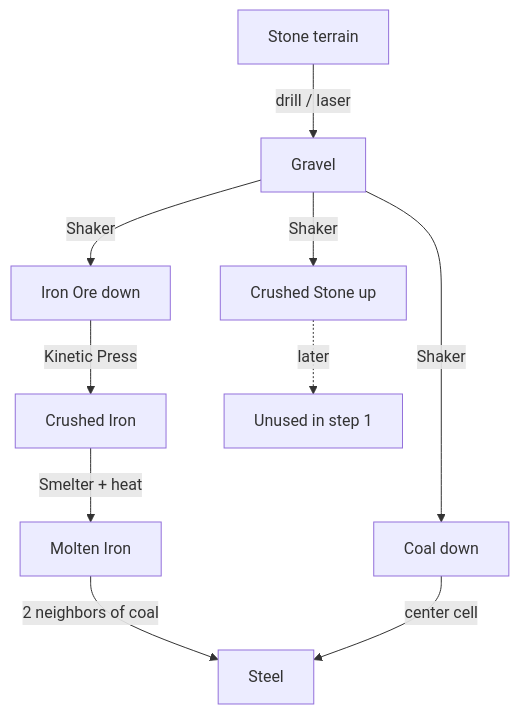
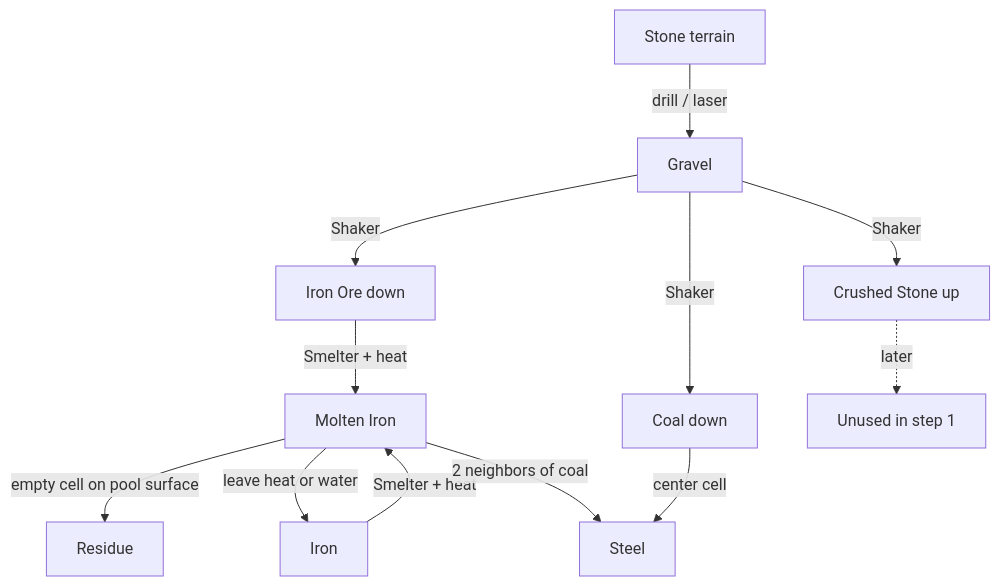
One commit to sandustry-modding/SandustryStoneworks changed the first of 5 diagrams in docs/steel.md. Above: the diagram before and after it, drawn with Mermaid. The commit also changed other lines of this file and 8 other files, not shown here.

Commit message:
Cool molten iron into solid iron and surface residue on deep pools.

````diff
--- a/docs/steel.md
+++ b/docs/steel.md
@@ -26,14 +33,16 @@
 ```mermaid
 flowchart TD
   stone[Stone terrain] -->|drill / laser| gravel[Gravel]
   gravel -->|Shaker| crushedStone[Crushed Stone up]
   gravel -->|Shaker| ironOre[Iron Ore down]
   gravel -->|Shaker| coal[Coal down]
 
-  ironOre -->|Kinetic Press| crushedIron[Crushed Iron]
-  crushedIron -->|Smelter + heat| moltenIron[Molten Iron]
+  ironOre -->|Smelter + heat| moltenIron[Molten Iron]
+  moltenIron -->|empty cell on pool surface| residue[Residue]
+  moltenIron -->|leave heat or water| iron[Iron]
+  iron -->|Smelter + heat| moltenIron
   moltenIron -->|2 neighbors of coal| steel[Steel]
   coal -->|center cell| steel
 
   crushedStone -.->|later| unused[Unused in step 1]
 ```
````
